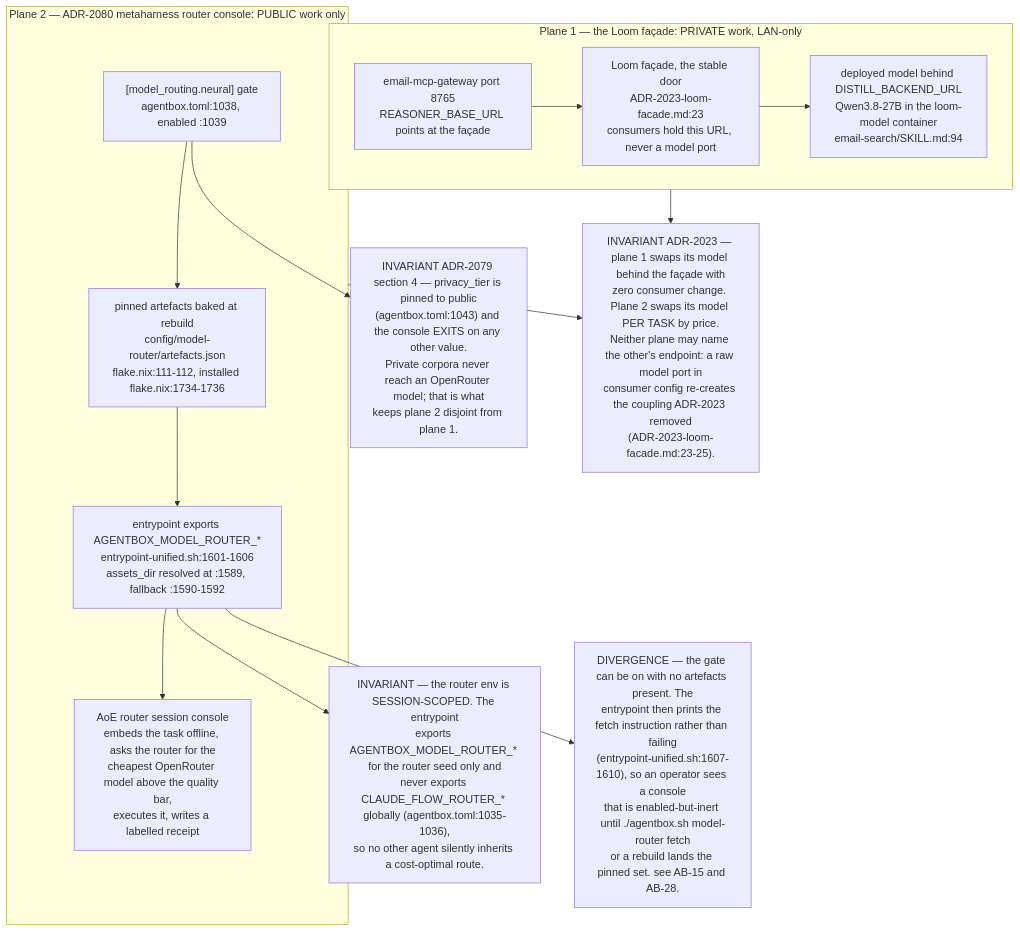
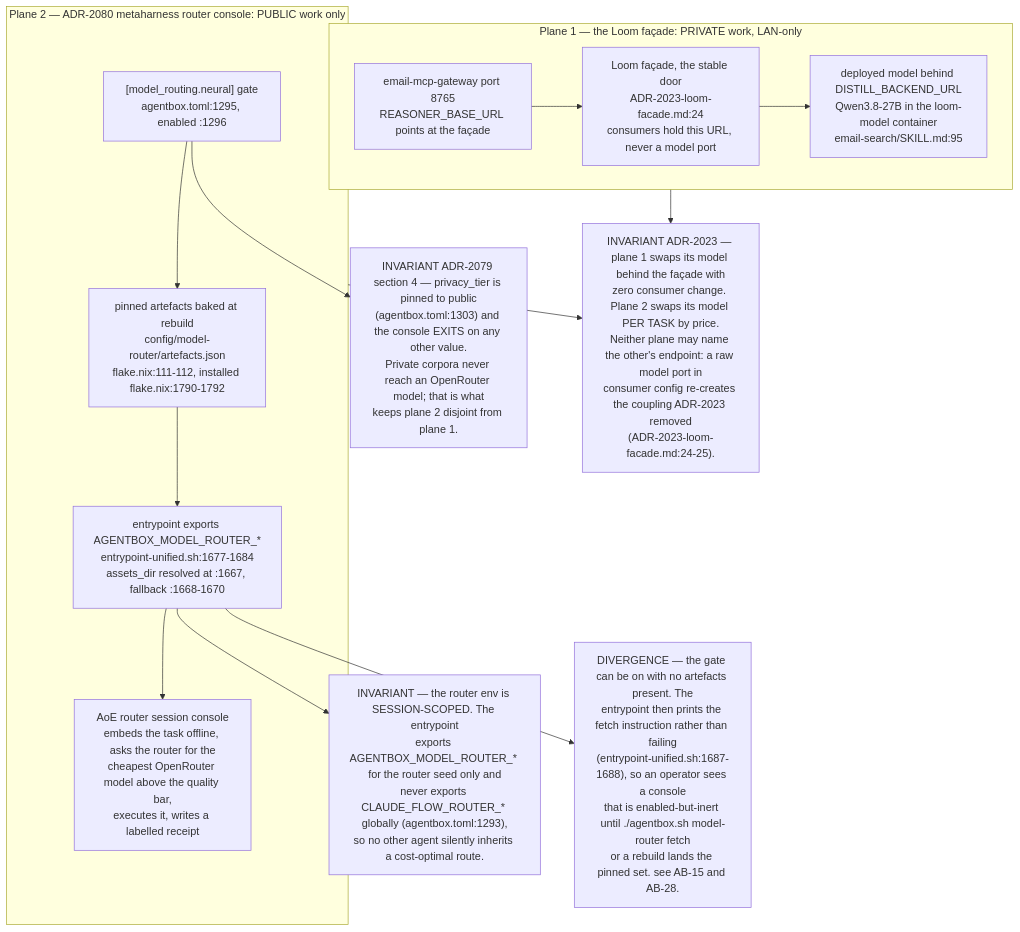
One commit to DreamLab-AI/VisionFlow changed the tenth of 11 diagrams in docs/diagrams/estate/06-loom-and-email-privacy-path.md. Above: the diagram before and after it, drawn with Mermaid. The commit also changed other lines of this file and 12 other files, not shown here.

````diff
--- a/docs/diagrams/estate/06-loom-and-email-privacy-path.md
+++ b/docs/diagrams/estate/06-loom-and-email-privacy-path.md
@@ -328,29 +330,29 @@
 ```mermaid
 flowchart TB
     subgraph PRIV["Plane 1 — the Loom façade: PRIVATE work, LAN-only"]
-        FAC["Loom façade, the stable door<br/>ADR-2023-loom-facade.md:23<br/>consumers hold this URL, never a model port"]
-        MDL["deployed model behind DISTILL_BACKEND_URL<br/>Qwen3.8-27B in the loom-model container<br/>email-search/SKILL.md:94"]
+        FAC["Loom façade, the stable door<br/>ADR-2023-loom-facade.md:24<br/>consumers hold this URL, never a model port"]
+        MDL["deployed model behind DISTILL_BACKEND_URL<br/>Qwen3.8-27B in the loom-model container<br/>email-search/SKILL.md:95"]
         MAIL["email-mcp-gateway port 8765<br/>REASONER_BASE_URL points at the façade"]
         FAC --> MDL
         MAIL --> FAC
     end
 
     subgraph PUB["Plane 2 — ADR-2080 metaharness router console: PUBLIC work only"]
-        GATE["[model_routing.neural] gate<br/>agentbox.toml:1038, enabled :1039"]
-        ART["pinned artefacts baked at rebuild<br/>config/model-router/artefacts.json<br/>flake.nix:111-112, installed flake.nix:1734-1736"]
-        ENV["entrypoint exports AGENTBOX_MODEL_ROUTER_*<br/>entrypoint-unified.sh:1601-1606<br/>assets_dir resolved at :1589, fallback :1590-1592"]
+        GATE["[model_routing.neural] gate<br/>agentbox.toml:1295, enabled :1296"]
+        ART["pinned artefacts baked at rebuild<br/>config/model-router/artefacts.json<br/>flake.nix:111-112, installed flake.nix:1790-1792"]
+        ENV["entrypoint exports AGENTBOX_MODEL_ROUTER_*<br/>entrypoint-unified.sh:1677-1684<br/>assets_dir resolved at :1667, fallback :1668-1670"]
         CON["AoE router session console<br/>embeds the task offline, asks the router for the<br/>cheapest OpenRouter model above the quality bar,<br/>executes it, writes a labelled receipt"]
         GATE --> ART --> ENV --> CON
     end
 
-    INV1["INVARIANT ADR-2079 section 4 — privacy_tier is pinned to public<br/>(agentbox.toml:1043) and the console EXITS on any other value.<br/>Private corpora never reach an OpenRouter model; that is what<br/>keeps plane 2 disjoint from plane 1."]
-    INV2["INVARIANT — the router env is SESSION-SCOPED. The entrypoint<br/>exports AGENTBOX_MODEL_ROUTER_* for the router seed only and<br/>never exports CLAUDE_FLOW_ROUTER_* globally (agentbox.toml:1035-1036),<br/>so no other agent silently inherits a cost-optimal route."]
-    INV3["INVARIANT ADR-2023 — plane 1 swaps its model behind the façade with<br/>zero consumer change. Plane 2 swaps its model PER TASK by price.<br/>Neither plane may name the other's endpoint: a raw model port in<br/>consumer config re-creates the coupling ADR-2023 removed<br/>(ADR-2023-loom-facade.md:23-25)."]
-    DEG["DIVERGENCE — the gate can be on with no artefacts present. The<br/>entrypoint then prints the fetch instruction rather than failing<br/>(entrypoint-unified.sh:1607-1610), so an operator sees a console<br/>that is enabled-but-inert until ./agentbox.sh model-router fetch<br/>or a rebuild lands the pinned set. see AB-15 and AB-28."]
+    INV1["INVARIANT ADR-2079 section 4 — privacy_tier is pinned to public<br/>(agentbox.toml:1303) and the console EXITS on any other value.<br/>Private corpora never reach an OpenRouter model; that is what<br/>keeps plane 2 disjoint from plane 1."]
+    INV2["INVARIANT — the router env is SESSION-SCOPED. The entrypoint<br/>exports AGENTBOX_MODEL_ROUTER_* for the router seed only and<br/>never exports CLAUDE_FLOW_ROUTER_* globally (agentbox.toml:1293),<br/>so no other agent silently inherits a cost-optimal route."]
+    INV3["INVARIANT ADR-2023 — plane 1 swaps its model behind the façade with<br/>zero consumer change. Plane 2 swaps its model PER TASK by price.<br/>Neither plane may name the other's endpoint: a raw model port in<br/>consumer config re-creates the coupling ADR-2023 removed<br/>(ADR-2023-loom-facade.md:24-25)."]
+    DEG["DIVERGENCE — the gate can be on with no artefacts present. The<br/>entrypoint then prints the fetch instruction rather than failing<br/>(entrypoint-unified.sh:1687-1688), so an operator sees a console<br/>that is enabled-but-inert until ./agentbox.sh model-router fetch<br/>or a rebuild lands the pinned set. see AB-15 and AB-28."]
 
     PRIV --> INV3
     PUB --> INV3
     GATE --> INV1
     ENV --> INV2
     ENV --> DEG
 ```
````
